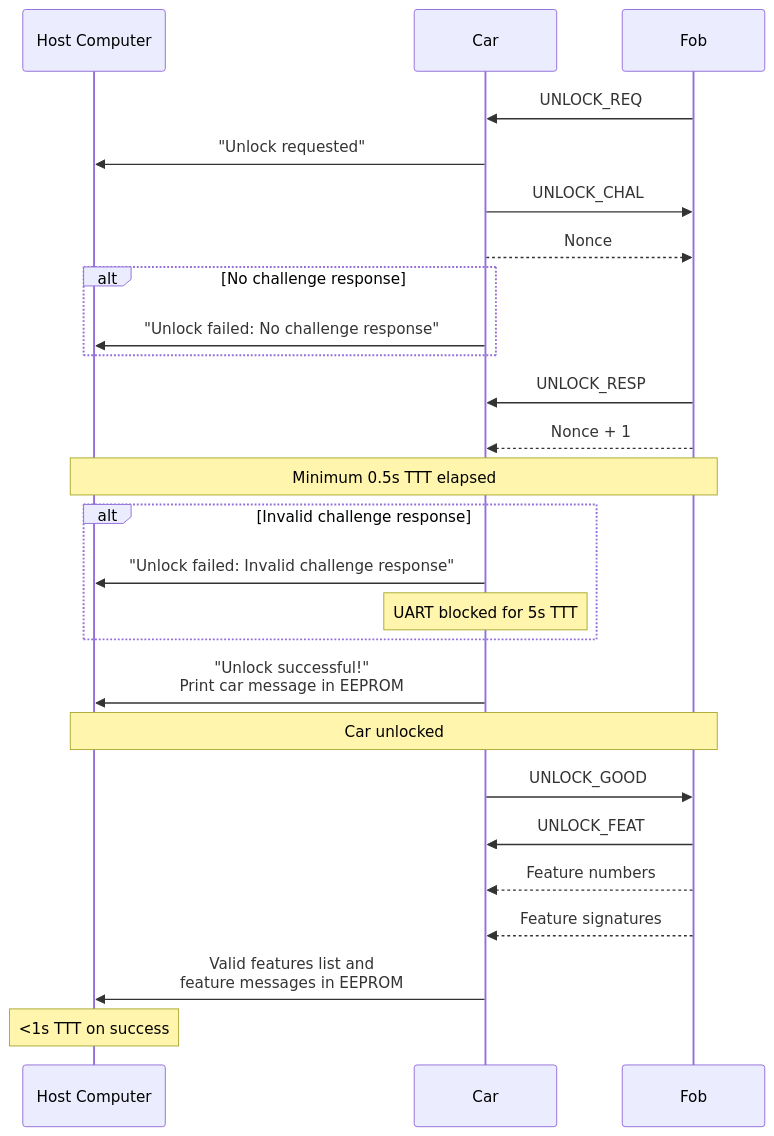
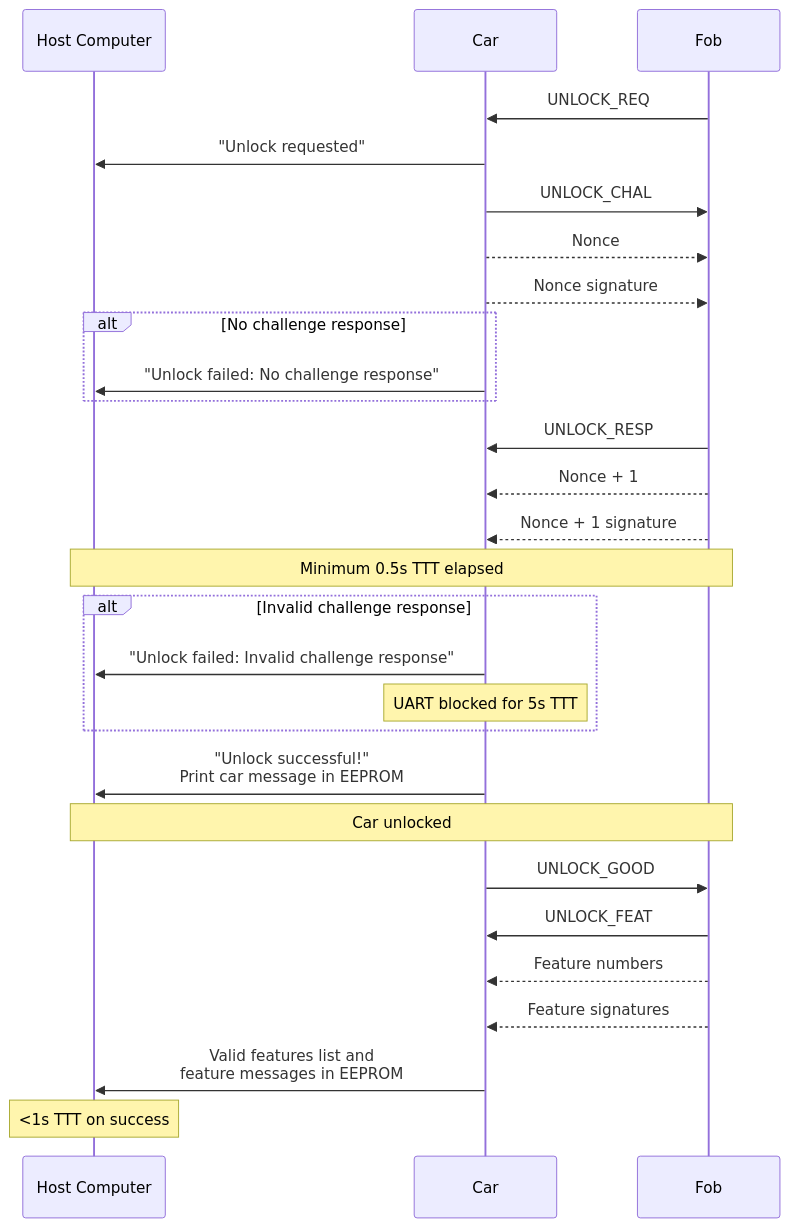
One commit to sigpwny/2023-ectf-uiuc changed the third of 3 diagrams in docs/protocol.md. Above: the diagram before and after it, drawn with Mermaid. The commit also changed other lines of this file, not shown here.

Commit message:
Nonce uses signing instead of encryption now

````diff
--- a/docs/protocol.md
+++ b/docs/protocol.md
@@ -163,28 +163,30 @@
 ```mermaid
 sequenceDiagram
   participant Host Computer
   participant Car
   participant Fob
   Fob ->> Car: UNLOCK_REQ
   Car ->> Host Computer: "Unlock requested"
   Car ->> Fob: UNLOCK_CHAL
   Car -->> Fob: Nonce
+  Car -->> Fob: Nonce signature
   alt No challenge response
     Car ->> Host Computer: "Unlock failed: No challenge response"
   end
   Fob ->> Car: UNLOCK_RESP
   Fob -->> Car: Nonce + 1
+  Fob -->> Car: Nonce + 1 signature
   Note over Host Computer, Fob: Minimum 0.5s TTT elapsed
   alt Invalid challenge response
     Car ->> Host Computer: "Unlock failed: Invalid challenge response"
     Note over Car: UART blocked for 5s TTT
   end
   Car ->> Host Computer: "Unlock successful!" <br/>Print car message in EEPROM
   Note over Host Computer, Fob: Car unlocked
   Car ->> Fob: UNLOCK_GOOD
   Fob ->> Car: UNLOCK_FEAT
   Fob -->> Car: Feature numbers
   Fob -->> Car: Feature signatures
   Car ->> Host Computer: Valid features list and <br/>feature messages in EEPROM
   Note over Host Computer: <1s TTT on success
 ```
````
